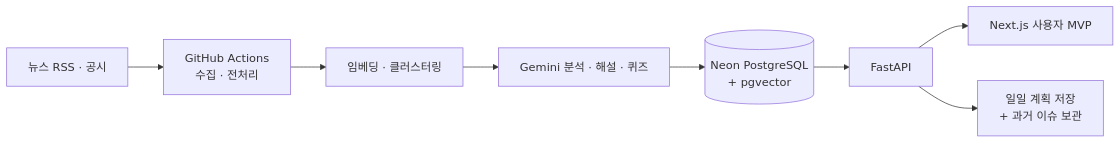
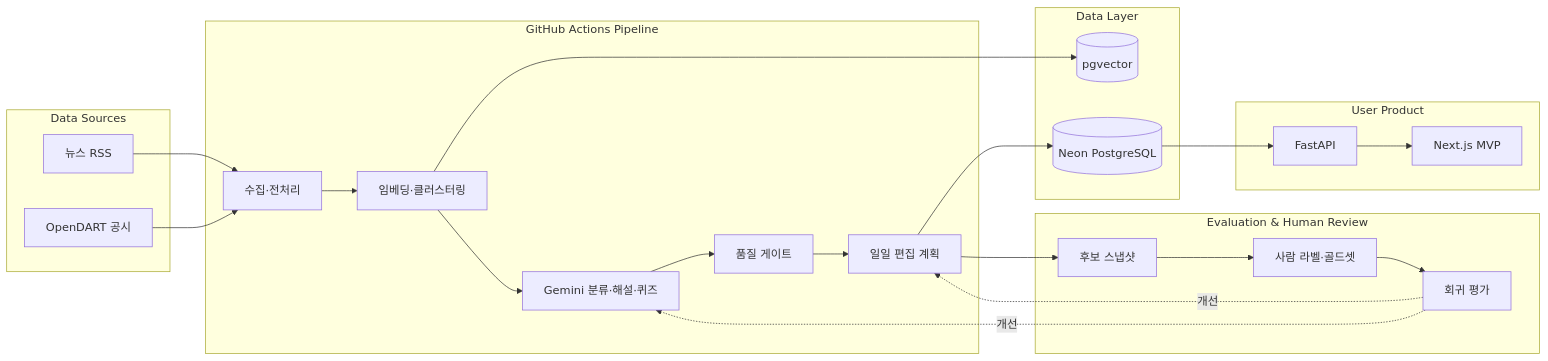
Before and after one commit to subeomsp/jangdokdae: the second of 2 diagrams in README.md, drawn with Mermaid. The commit also changed other lines of this file, not shown here.

````diff
--- a/README.md
+++ b/README.md
@@ -110,13 +144,47 @@
 ```mermaid
 flowchart LR
-    S[뉴스 RSS · 공시] --> P[GitHub Actions
-    수집 · 전처리]
-    P --> E[임베딩 · 클러스터링]
-    E --> A[Gemini 분석 · 해설 · 퀴즈]
-    A --> DB[(Neon PostgreSQL
-    + pgvector)]
-    DB --> API[FastAPI]
-    API --> WEB[Next.js 사용자 MVP]
-    API --> PLAN[일일 계획 저장
-    + 과거 이슈 보관]
+    subgraph Sources[Data Sources]
+        RSS[뉴스 RSS]
+        DART[OpenDART 공시]
+    end
+
+    subgraph Pipeline[GitHub Actions Pipeline]
+        COLLECT[수집·전처리]
+        EMBED[임베딩·클러스터링]
+        ANALYZE[Gemini 분류·해설·퀴즈]
+        GATE[품질 게이트]
+        PLAN[일일 편집 계획]
+    end
+
+    subgraph Data[Data Layer]
+        DB[(Neon PostgreSQL)]
+        VECTOR[(pgvector)]
+    end
+
+    subgraph Product[User Product]
+        API[FastAPI]
+        WEB[Next.js MVP]
+    end
+
+    subgraph Evaluation[Evaluation & Human Review]
+        SNAPSHOT[후보 스냅샷]
+        GOLD[사람 라벨·골드셋]
+        REGRESSION[회귀 평가]
+    end
+
+    RSS --> COLLECT
+    DART --> COLLECT
+    COLLECT --> EMBED
+    EMBED --> VECTOR
+    EMBED --> ANALYZE
+    ANALYZE --> GATE
+    GATE --> PLAN
+    PLAN --> DB
+    DB --> API
+    API --> WEB
+    PLAN --> SNAPSHOT
+    SNAPSHOT --> GOLD
+    GOLD --> REGRESSION
+    REGRESSION -. 개선 .-> ANALYZE
+    REGRESSION -. 개선 .-> PLAN
 ```
````
